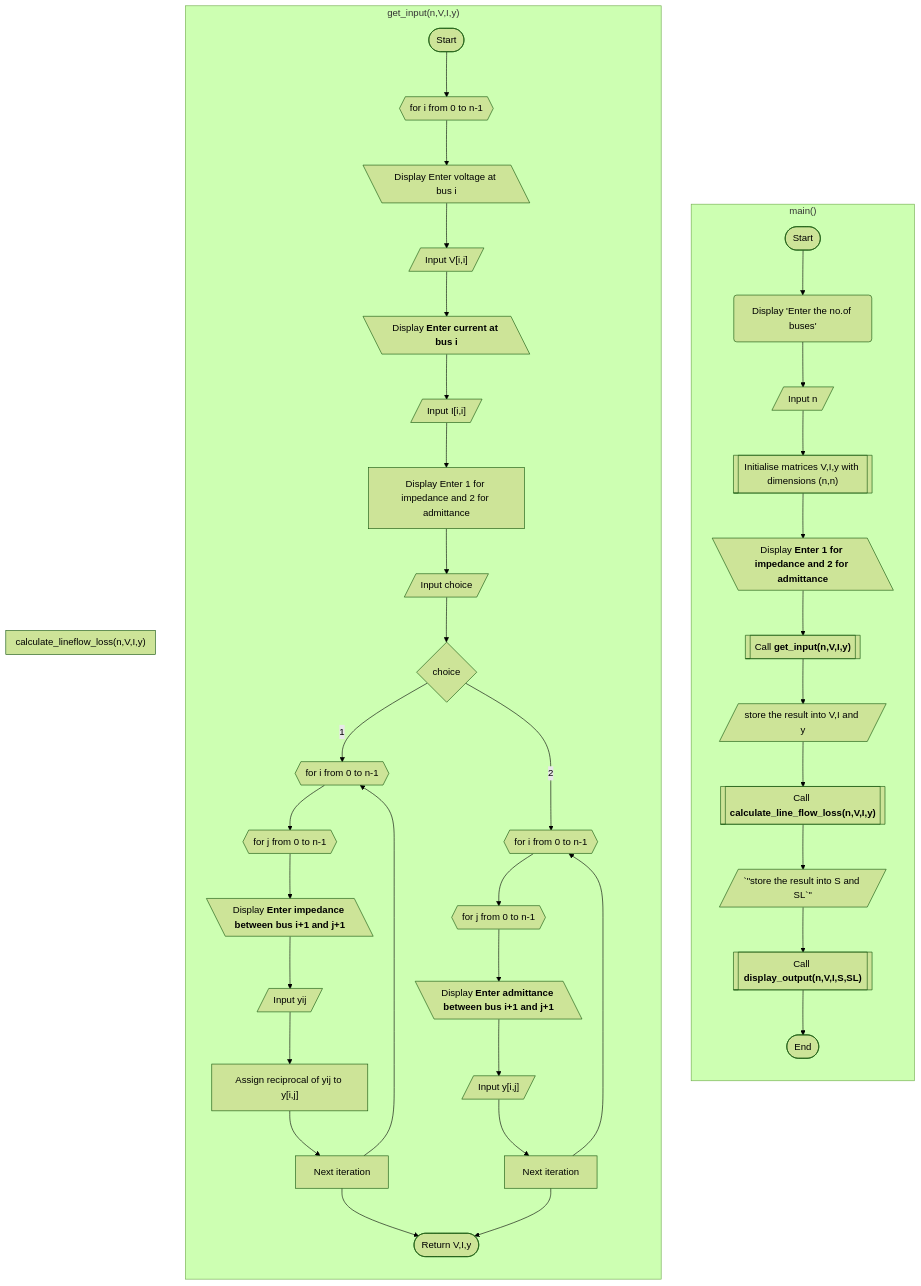
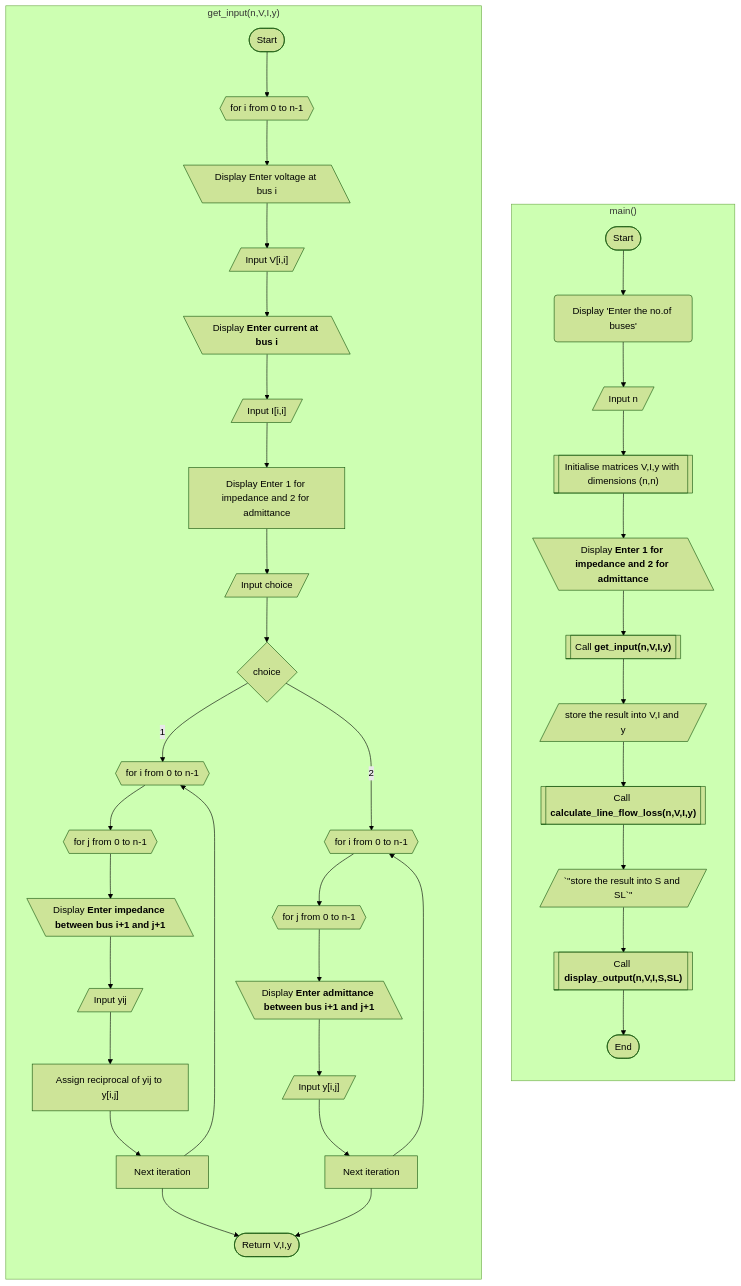
Before and after one commit to Sree2011/flowcharts-load-flow-analysis: the diagram in line-flows-and-losses.md, drawn with Mermaid (forest theme). The commit also changed other lines of this file, not shown here.

Commit message:
Update mermaid script to use ES module and set dark theme

```diff
--- a/line-flows-and-losses.md
+++ b/line-flows-and-losses.md
@@ -10,47 +12,44 @@
 <pre class="mermaid">
 graph TB
 subgraph "main()"
     direction TB
     A1([Start]) --> B1(Display 'Enter the no.of buses')
     B1 --> C1[/Input n/]
     C1 --> D1[["`Initialise matrices V,I,y with dimensions (n,n)`"]]
     D1 --> E1[\"`Display **Enter 1 for impedance and 2 for admittance**`"\]
     E1 --> G1[["`Call **get_input(n,V,I,y)**`"]]
     G1 --> H1[/"`store the result into V,I and y`"/]
     H1 --> I1[["`Call **calculate_line_flow_loss(n,V,I,y)**`"]]
     I1 --> J1[/`"store the result into S and SL`"/]
     J1 --> K1[["`Call **display_output(n,V,I,S,SL)**`"]]
     K1 --> M1([End])
 end
 
 subgraph "get_input(n,V,I,y)"
     direction TB
     A2([Start]) --> B2[for i from 0 to n-1]@{shape: hex}
     B2 --> C2[\"`Display Enter voltage at bus i`"\]
     C2 --> D2[/"`Input V[i,i]`"/]
     D2 --> E2[\"`Display **Enter current at bus i**`"\]
     E2 --> F2[/"Input I[i,i]"/]
     F2 --> G2["` Display Enter 1 for impedance and 2 for admittance`"]
     G2 --> H2[/Input choice/]
     H2 --> I2[choice]@{shape: diam}
     I2 --> |1| I3[for i from 0 to n-1]@{shape: hex}
     I3 --> I4[for j from 0 to n-1]@{shape: hex}
     I4 --> I5["`Display **Enter impedance between bus i+1 and j+1**`"]@{shape: lean-left}
     I5 --> I6[/Input yij/]
     I6 --> I7["`Assign reciprocal of yij to y[i,j]`"]
     I7 --> I8[Next iteration]
     I8 --> I3
     I2 --> |2| I9[for i from 0 to n-1]@{shape: hex}
     I9 --> I10[for j from 0 to n-1]@{shape: hex}
     I10 --> I11[\"`Display **Enter admittance between bus i+1 and j+1**`"\]
     I11 --> I12[/"`Input y[i,j]`"/]
     I12 --> I13[Next iteration]
     I13 --> I9
 
     I8 --> I14["`Return V,I,y`"]@{shape: stadium}
     I13 --> I14
 end
-
-subgraph "calculate_lineflow_loss(n,V,I,y)"
-end
 </pre>
```
